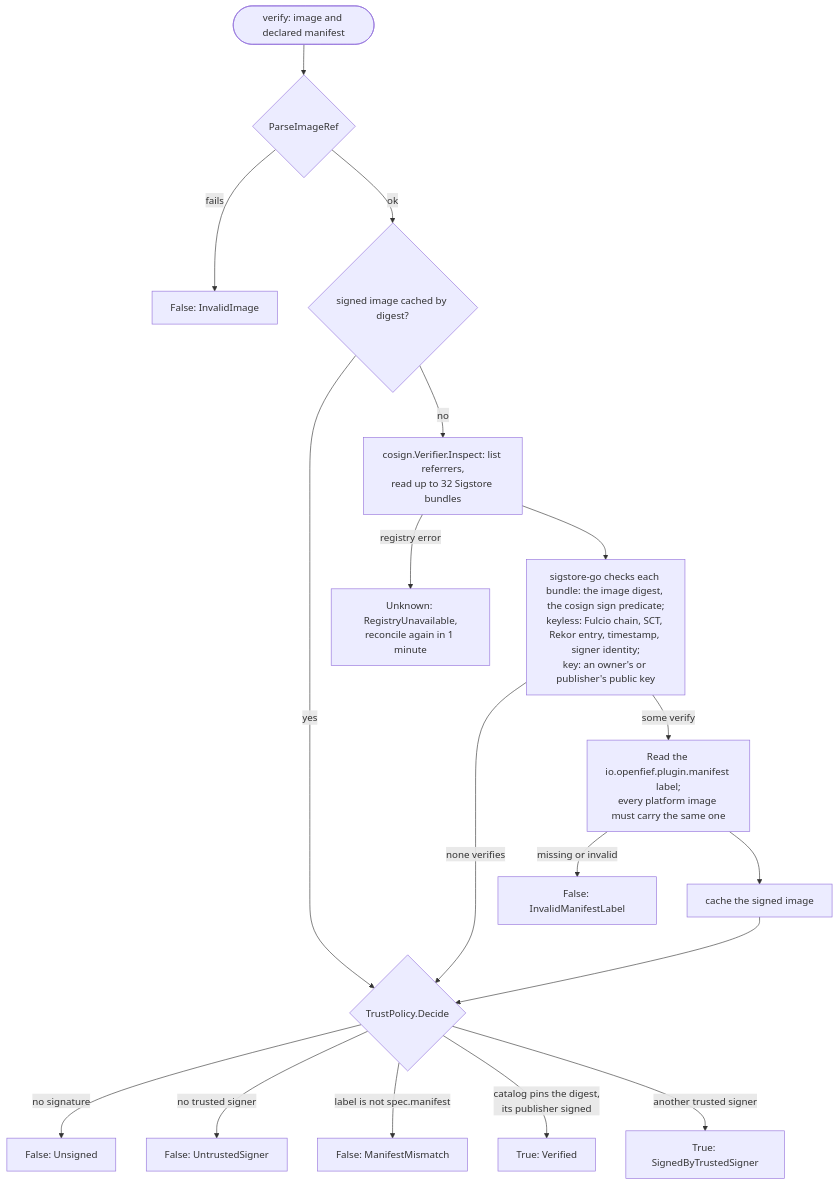
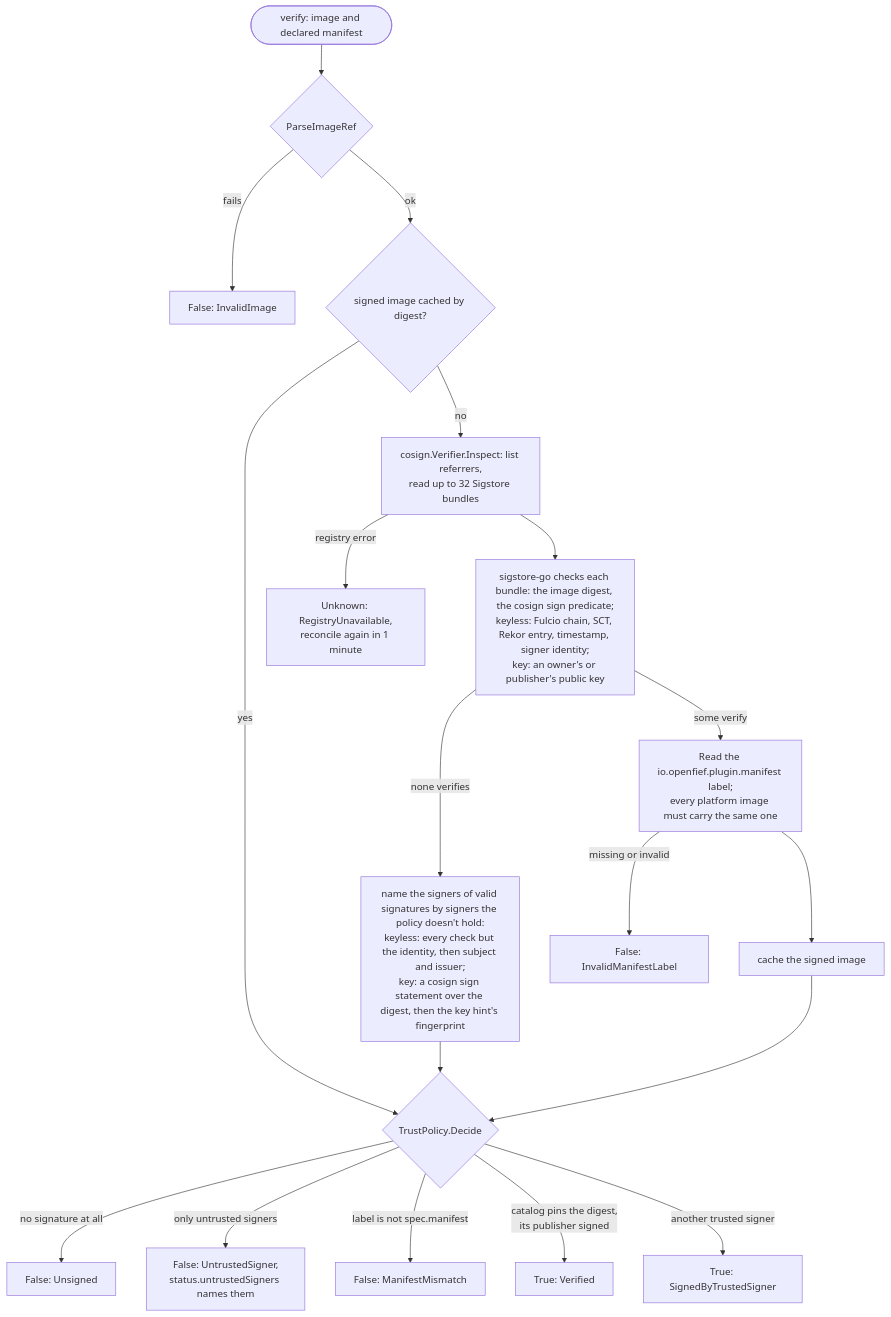
The third of 4 diagrams in docs/concepts/operator.md (arkadiuss/openfief), drawn with Mermaid before and after one commit. The commit also changed other lines of this file and 109 other files, not shown here.

````diff
--- a/docs/concepts/operator.md
+++ b/docs/concepts/operator.md
@@ -172,19 +172,20 @@
 ```mermaid
 flowchart TD
   call(["verify: image and declared manifest"]) --> parse{"ParseImageRef"}
   parse -- "fails" --> invalid["False: InvalidImage"]
   parse -- ok --> cached{"signed image cached by digest?"}
   cached -- yes --> decide
   cached -- no --> refs["cosign.Verifier.Inspect: list referrers,<br/>read up to 32 Sigstore bundles"]
   refs -- "registry error" --> unknown["Unknown: RegistryUnavailable,<br/>reconcile again in 1 minute"]
   refs --> each["sigstore-go checks each bundle: the image digest, the cosign sign predicate;<br/>keyless: Fulcio chain, SCT, Rekor entry, timestamp, signer identity;<br/>key: an owner's or publisher's public key"]
-  each -- "none verifies" --> decide
+  each -- "none verifies" --> other["name the signers of valid signatures by signers the policy doesn't hold:<br/>keyless: every check but the identity, then subject and issuer;<br/>key: a cosign sign statement over the digest, then the key hint's fingerprint"]
+  other --> decide
   each -- "some verify" --> label["Read the io.openfief.plugin.manifest label;<br/>every platform image must carry the same one"]
   label -- "missing or invalid" --> badlabel["False: InvalidManifestLabel"]
   label --> keep["cache the signed image"] --> decide{"TrustPolicy.Decide"}
-  decide -- "no signature" --> unsigned["False: Unsigned"]
-  decide -- "no trusted signer" --> untrusted["False: UntrustedSigner"]
+  decide -- "no signature at all" --> unsigned["False: Unsigned"]
+  decide -- "only untrusted signers" --> untrusted["False: UntrustedSigner,<br/>status.untrustedSigners names them"]
   decide -- "label is not spec.manifest" --> mismatch["False: ManifestMismatch"]
   decide -- "catalog pins the digest,<br/>its publisher signed" --> verified["True: Verified"]
   decide -- "another trusted signer" --> signed["True: SignedByTrustedSigner"]
 ```
````
